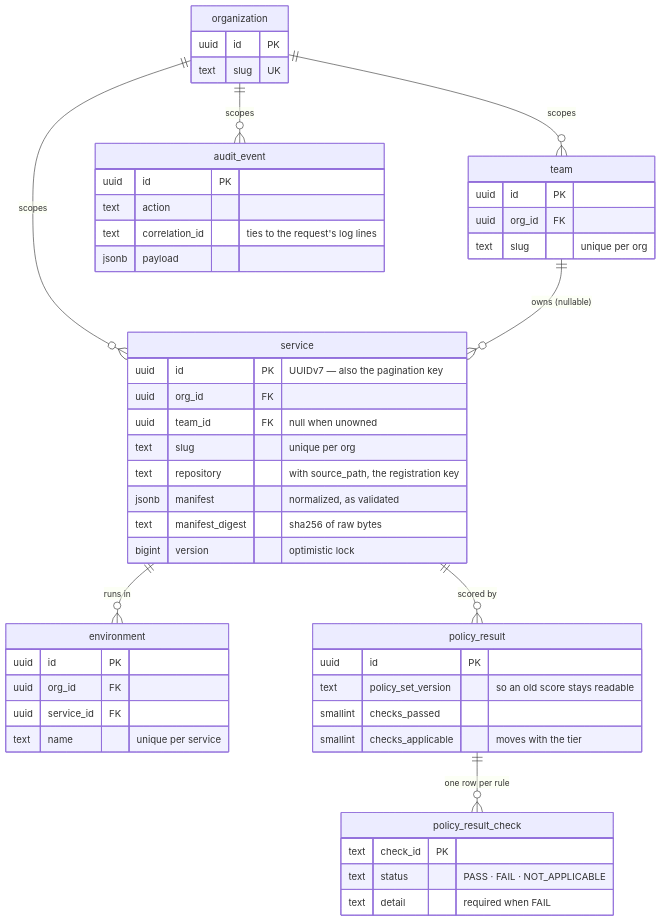
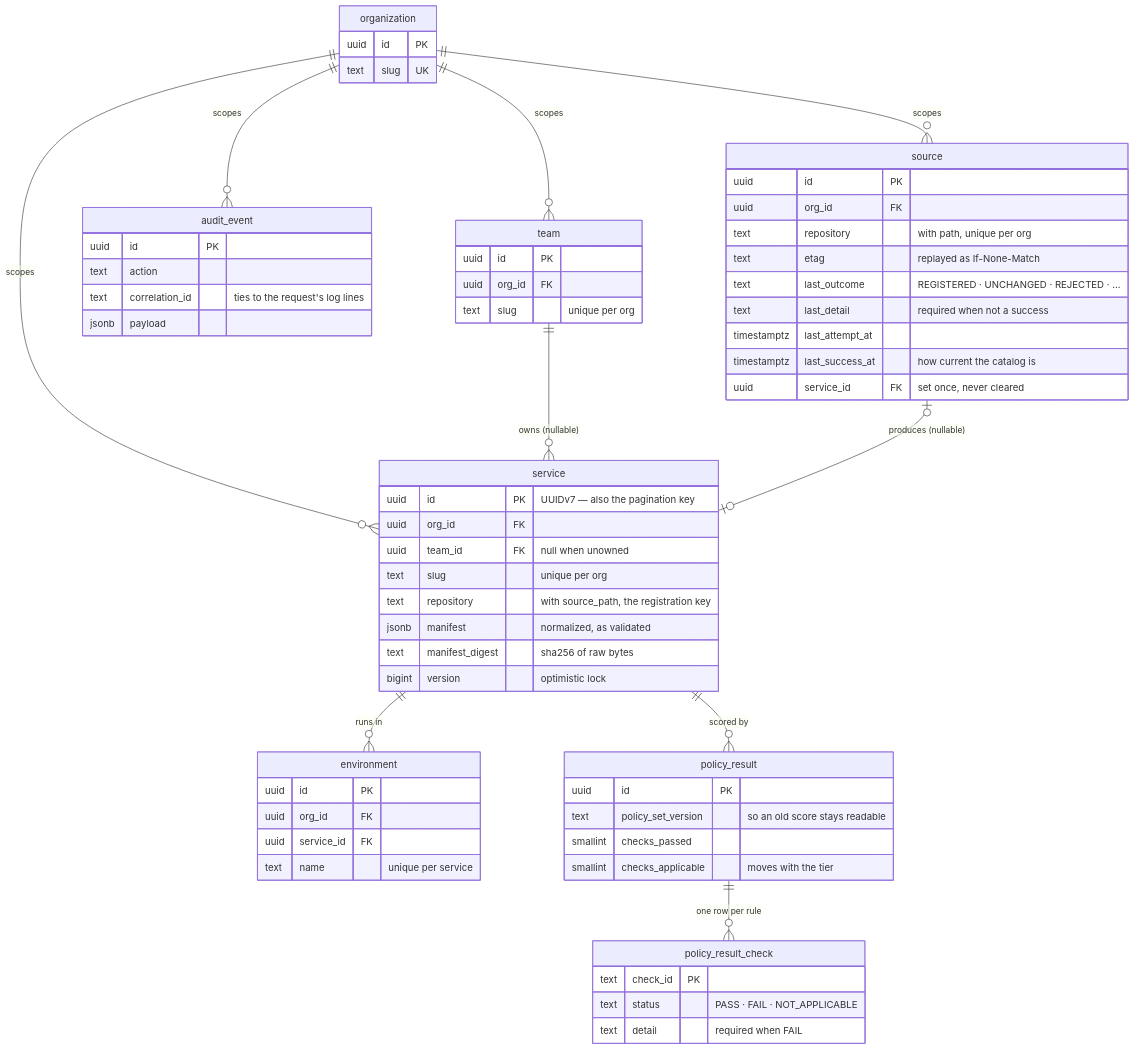
Before and after one commit to HoseaCodes/OpsAtlas: the fourth of 4 diagrams in docs/architecture/slice-one.md, drawn with Mermaid. The commit also changed other lines of this file and 3 other files, not shown here.

````diff
--- a/docs/architecture/slice-one.md
+++ b/docs/architecture/slice-one.md
@@ -139,53 +152,66 @@
 ```mermaid
 erDiagram
     organization ||--o{ team : "scopes"
     organization ||--o{ service : "scopes"
     team ||--o{ service : "owns (nullable)"
     service ||--o{ environment : "runs in"
     service ||--o{ policy_result : "scored by"
     policy_result ||--o{ policy_result_check : "one row per rule"
     organization ||--o{ audit_event : "scopes"
+    organization ||--o{ source : "scopes"
+    source |o--o| service : "produces (nullable)"
 
     organization {
         uuid id PK
         text slug UK
     }
     team {
         uuid id PK
         uuid org_id FK
         text slug "unique per org"
     }
     service {
         uuid id PK "UUIDv7 — also the pagination key"
         uuid org_id FK
         uuid team_id FK "null when unowned"
         text slug "unique per org"
         text repository "with source_path, the registration key"
         jsonb manifest "normalized, as validated"
         text manifest_digest "sha256 of raw bytes"
         bigint version "optimistic lock"
     }
     environment {
         uuid id PK
         uuid org_id FK
         uuid service_id FK
         text name "unique per service"
     }
     policy_result {
         uuid id PK
         text policy_set_version "so an old score stays readable"
         smallint checks_passed
         smallint checks_applicable "moves with the tier"
     }
     policy_result_check {
         text check_id PK
         text status "PASS · FAIL · NOT_APPLICABLE"
         text detail "required when FAIL"
     }
     audit_event {
         uuid id PK
         text action
         text correlation_id "ties to the request's log lines"
         jsonb payload
     }
+    source {
+        uuid id PK
+        uuid org_id FK
+        text repository "with path, unique per org"
+        text etag "replayed as If-None-Match"
+        text last_outcome "REGISTERED · UNCHANGED · REJECTED · ..."
+        text last_detail "required when not a success"
+        timestamptz last_attempt_at
+        timestamptz last_success_at "how current the catalog is"
+        uuid service_id FK "set once, never cleared"
+    }
 ```
````
